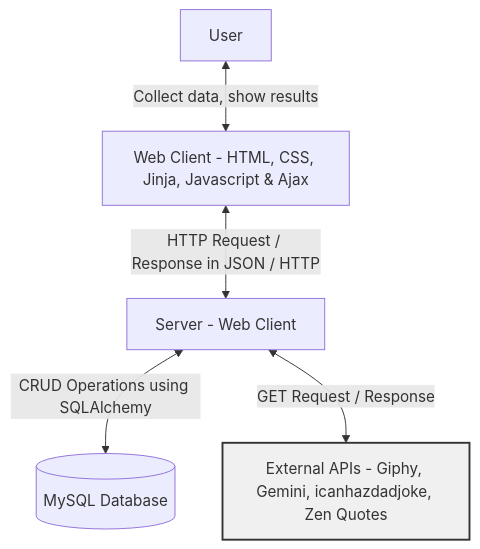
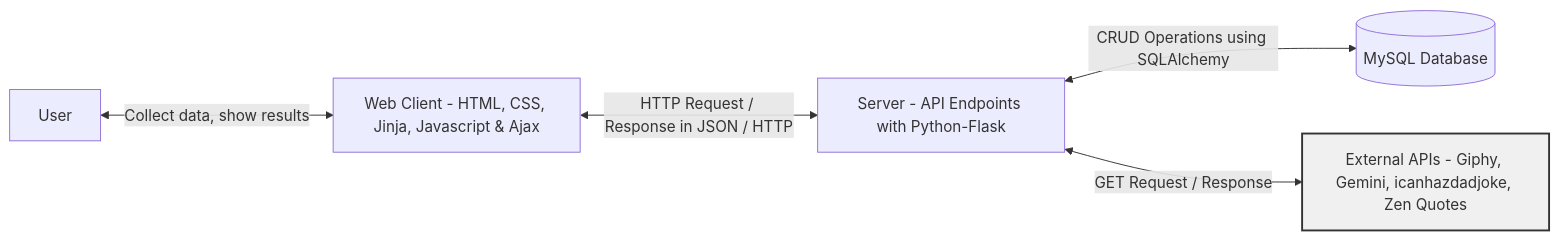
The first of 2 diagrams in README.md (Rachel-Tookey/GIFeels), drawn with Mermaid before and after one commit.

Commit message:
Feat: added in a project structure diagram

````diff
--- a/README.md
+++ b/README.md
@@ -8,11 +8,11 @@
 ```mermaid
-flowchart TD
+flowchart LR
       A[User]<--Collect data, show results-->B[Web Client - HTML, CSS, Jinja, Javascript & Ajax];
       B[Web Client - HTML, CSS, Jinja, Javascript & Ajax]<--HTTP Request / Response in JSON / HTTP-->C[Server -API Endpoints with Python-Flask];
       C[Server - API Endpoints with Python-Flask]<--CRUD Operations using SQLAlchemy-->D[(MySQL Database)];
-      C[Server - Web Client]<--GET Request / Response-->E[External APIs - Giphy, Gemini, icanhazdadjoke, Zen Quotes];
+      C[Server - API Endpoints with Python-Flask]<--GET Request / Response-->E[External APIs - Giphy, Gemini, icanhazdadjoke, Zen Quotes];
     
     class E cloud;
     
     classDef cloud fill:#f0f0f0,stroke:#333,stroke-width:2px;
 ```
````
